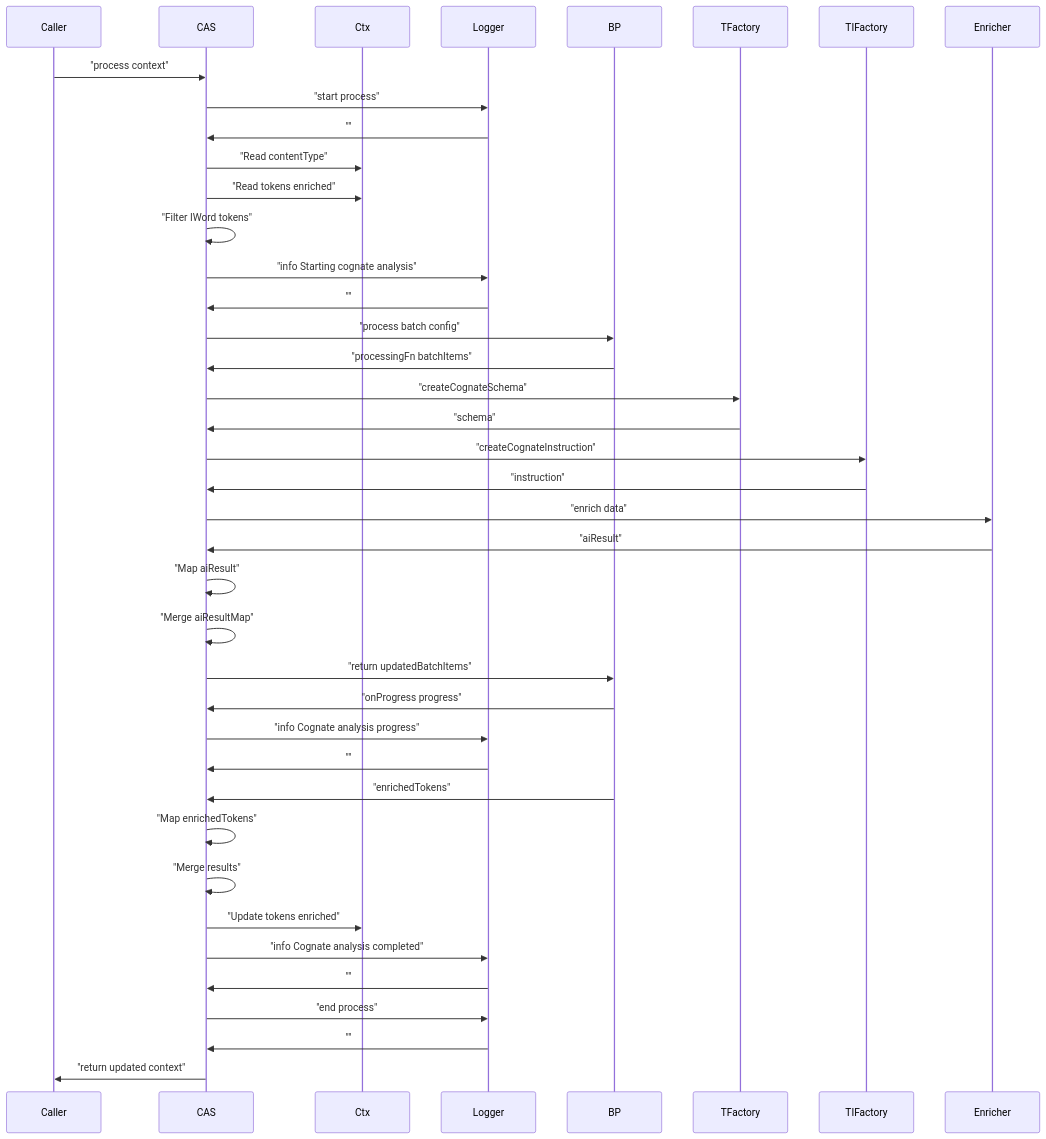
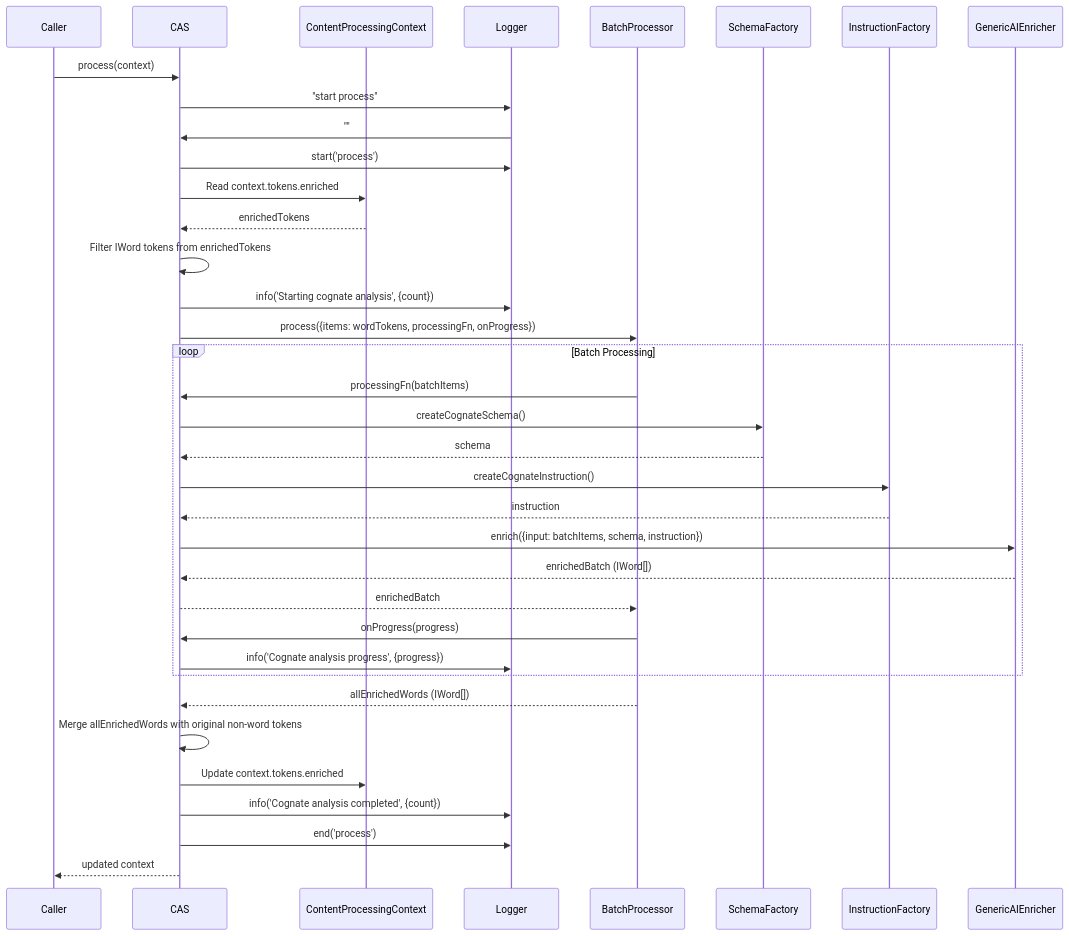
One commit to judithsanchez/bocaditosespanol changed the diagram in lib/pipelines/steps/CognateAnalysisStep.mmd. Above: the diagram before and after it, drawn with Mermaid. The commit also changed 15 other files, not shown here.

```diff
--- a/lib/pipelines/steps/CognateAnalysisStep.mmd
+++ b/lib/pipelines/steps/CognateAnalysisStep.mmd
@@ -1,41 +1,37 @@
 sequenceDiagram
     participant Caller
     participant CAS
-    participant Ctx
+    participant Ctx as ContentProcessingContext
     participant Logger
-    participant BP
-    participant TFactory
-    participant TIFactory
-    participant Enricher
+    participant BP as BatchProcessor
+    participant SchemaFactory
+    participant InstructionFactory
+    participant Enricher as GenericAIEnricher
 
-    Caller->>CAS: "process context"
+    Caller->>CAS: process(context)
     CAS->>Logger: "start process"
     Logger->>CAS: ""
-    CAS->>Ctx: "Read contentType"
-    CAS->>Ctx: "Read tokens enriched"
-    CAS->>CAS: "Filter IWord tokens"
-    CAS->>Logger: "info Starting cognate analysis"
-    Logger->>CAS: ""
-    CAS->>BP: "process batch config"
-    BP->>CAS: "processingFn batchItems"
-    CAS->>TFactory: "createCognateSchema"
-    TFactory->>CAS: "schema"
-    CAS->>TIFactory: "createCognateInstruction"
-    TIFactory->>CAS: "instruction"
-    CAS->>Enricher: "enrich data"
-    Enricher->>CAS: "aiResult"
-    CAS->>CAS: "Map aiResult"
-    CAS->>CAS: "Merge aiResultMap"
-    CAS->>BP: "return updatedBatchItems"
-    BP->>CAS: "onProgress progress"
-    CAS->>Logger: "info Cognate analysis progress"
-    Logger->>CAS: ""
-    BP->>CAS: "enrichedTokens"
-    CAS->>CAS: "Map enrichedTokens"
-    CAS->>CAS: "Merge results"
-    CAS->>Ctx: "Update tokens enriched"
-    CAS->>Logger: "info Cognate analysis completed"
-    Logger->>CAS: ""
-    CAS->>Logger: "end process"
-    Logger->>CAS: ""
-    CAS->>Caller: "return updated context"
+    CAS->>Logger: start('process')
+    CAS->>Ctx: Read context.tokens.enriched
+    Ctx-->>CAS: enrichedTokens
+    CAS->>CAS: Filter IWord tokens from enrichedTokens
+    CAS->>Logger: info('Starting cognate analysis', {count})
+    CAS->>BP: process({items: wordTokens, processingFn, onProgress})
+    loop Batch Processing
+        BP->>CAS: processingFn(batchItems)
+        CAS->>SchemaFactory: createCognateSchema()
+        SchemaFactory-->>CAS: schema
+        CAS->>InstructionFactory: createCognateInstruction()
+        InstructionFactory-->>CAS: instruction
+        CAS->>Enricher: enrich({input: batchItems, schema, instruction})
+        Enricher-->>CAS: enrichedBatch (IWord[])
+        CAS-->>BP: enrichedBatch
+        BP->>CAS: onProgress(progress)
+        CAS->>Logger: info('Cognate analysis progress', {progress})
+    end
+    BP-->>CAS: allEnrichedWords (IWord[])
+    CAS->>CAS: Merge allEnrichedWords with original non-word tokens
+    CAS->>Ctx: Update context.tokens.enriched
+    CAS->>Logger: info('Cognate analysis completed', {count})
+    CAS->>Logger: end('process')
+    CAS-->>Caller: updated context
```
